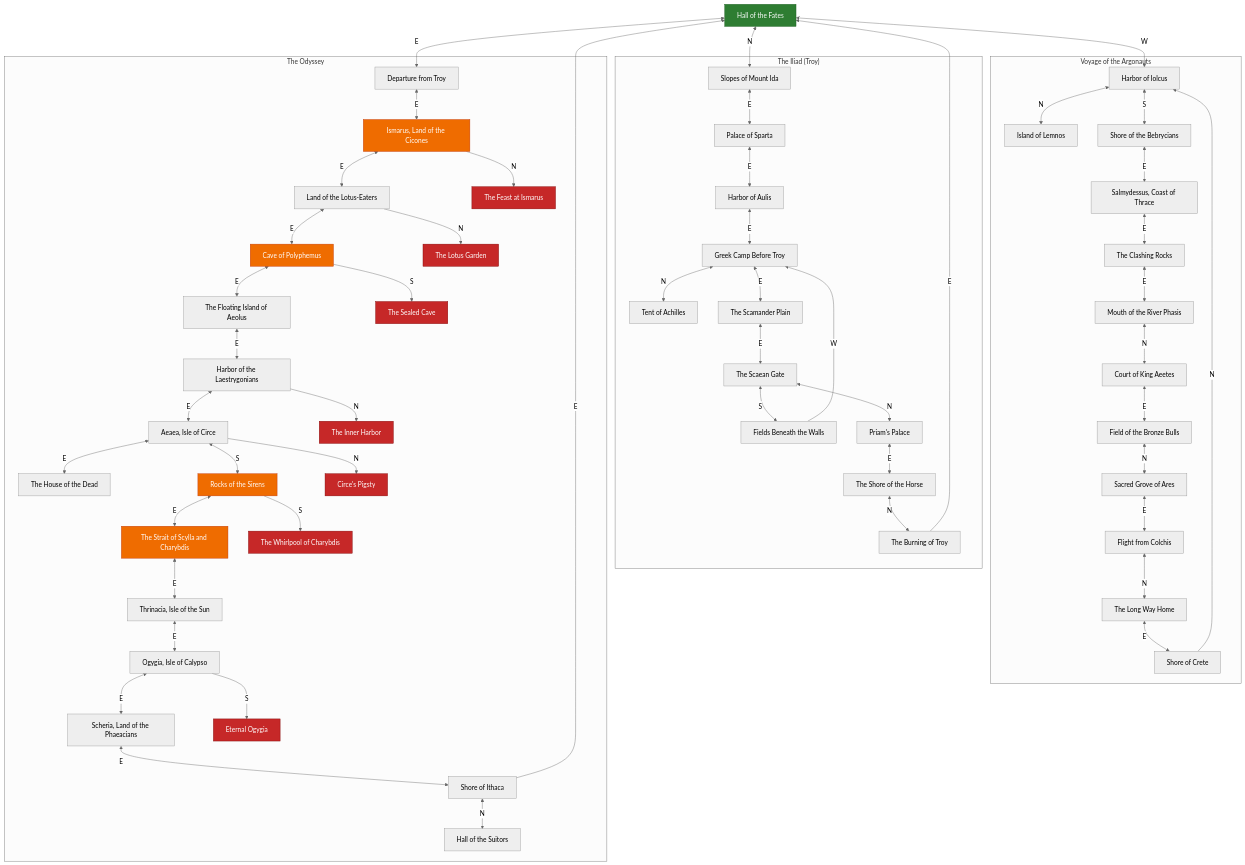
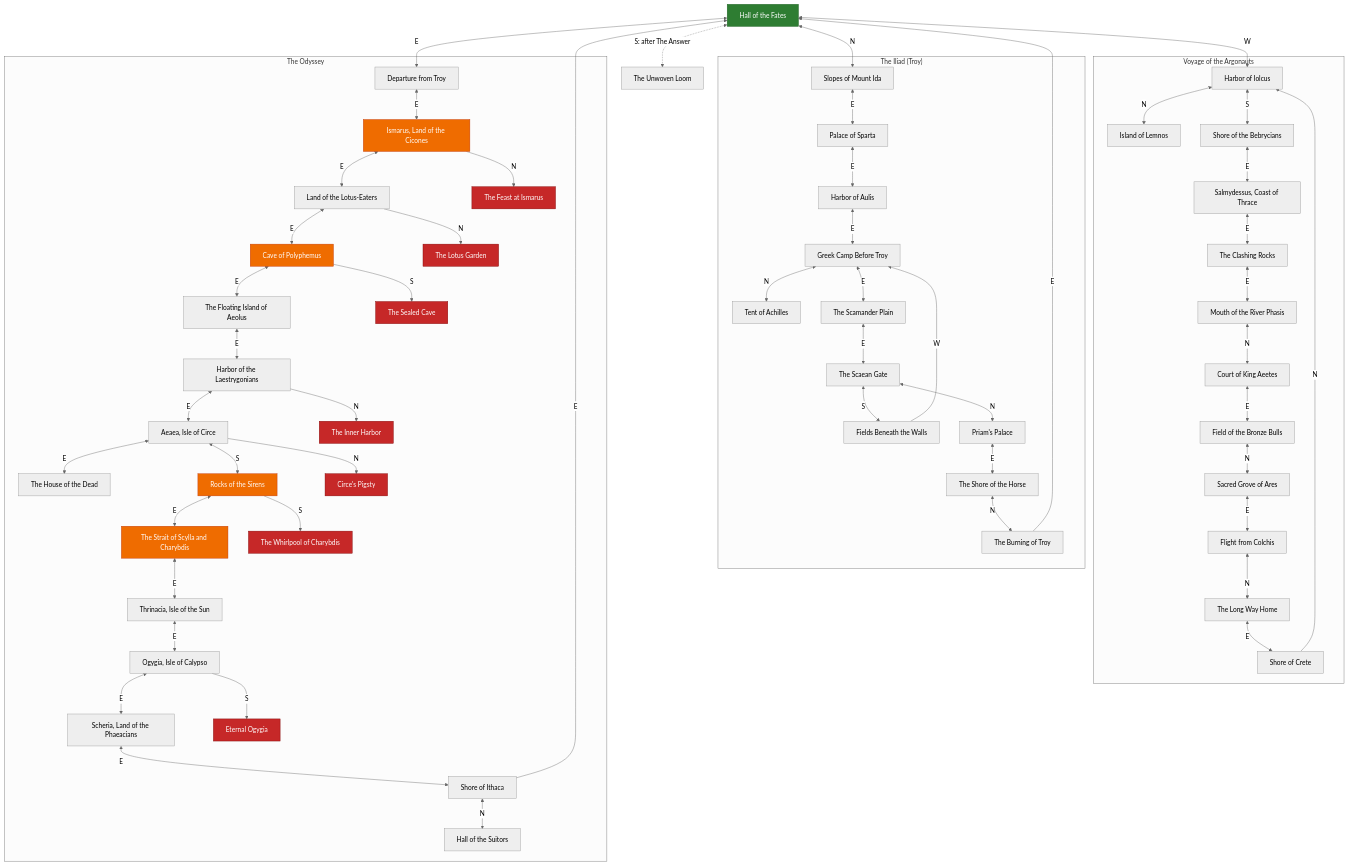
The first of 2 diagrams in README.md (anju0618/The_Answer_Protocol), drawn with Mermaid (neutral theme) before and after one commit. The commit also changed other lines of this file and 6 other files, not shown here.

````diff
--- a/README.md
+++ b/README.md
@@ -130,6 +130,7 @@
 ```mermaid
 flowchart TB
   hall_of_fates["Hall of the Fates"]
+  unwoven_loom["The Unwoven Loom"]
   subgraph argo_arc["Voyage of the Argonauts"]
     argo_iolcus["Harbor of Iolcus"]
     argo_lemnos["Island of Lemnos"]
@@ -184,6 +185,7 @@
   hall_of_fates <-->|E| ody_troy_shore
   hall_of_fates <-->|W| argo_iolcus
   hall_of_fates <-->|N| troy_ida
+  hall_of_fates <-.->|S: after The Answer| unwoven_loom
   argo_iolcus <-->|S| argo_bebrycia
   argo_iolcus <-->|N| argo_lemnos
   ody_troy_shore <-->|E| ody_cicones
````
